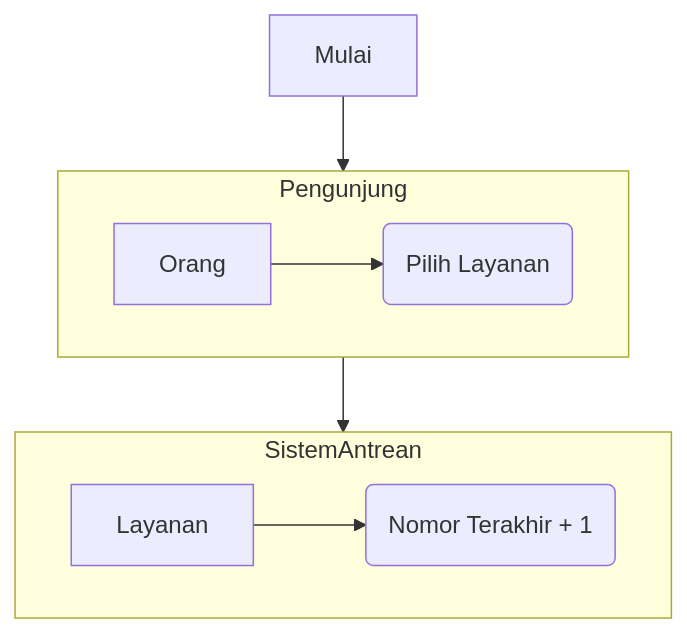
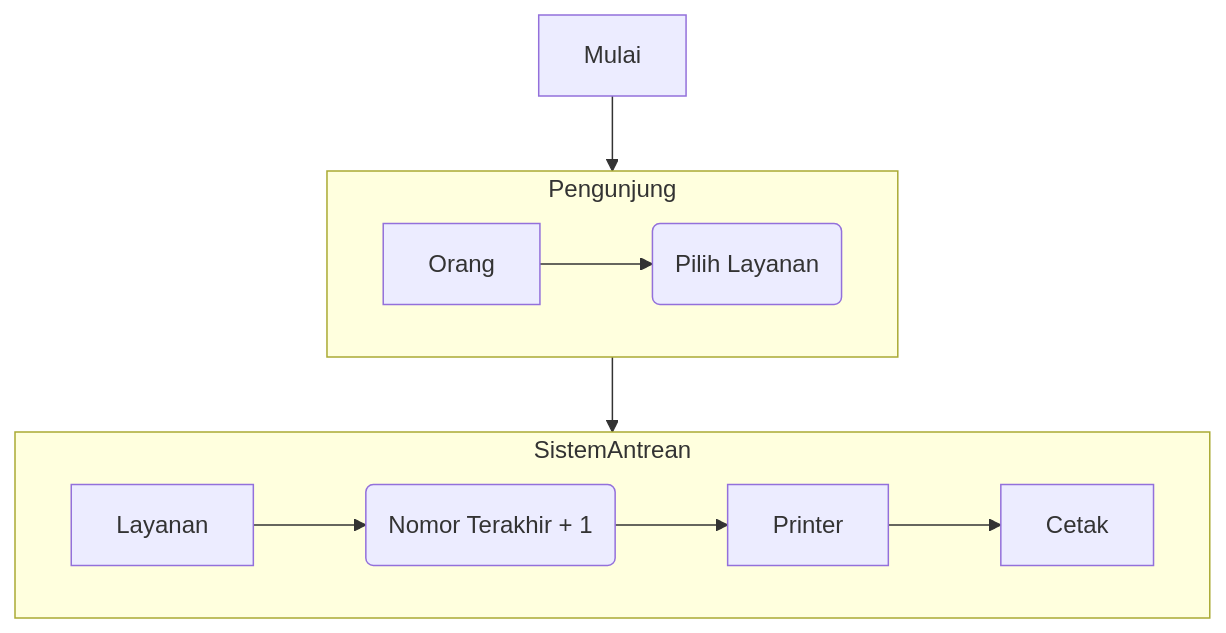
The diagram in flowchart_antrean.mmd (rezekikode/diagram), drawn with Mermaid before and after one commit.

```diff
--- a/flowchart_antrean.mmd
+++ b/flowchart_antrean.mmd
@@ -1,9 +1,9 @@
 flowchart TB
   Mulai-->Pengunjung
   Pengunjung-->SistemAntrean
   subgraph Pengunjung
     Orang-->p1("`Pilih Layanan`")
   end  
   subgraph SistemAntrean
-    Layanan-->s1("`Nomor Terakhir + 1`")
+    Layanan-->s1("`Nomor Terakhir + 1`")-->Printer-->Cetak
   end
```
